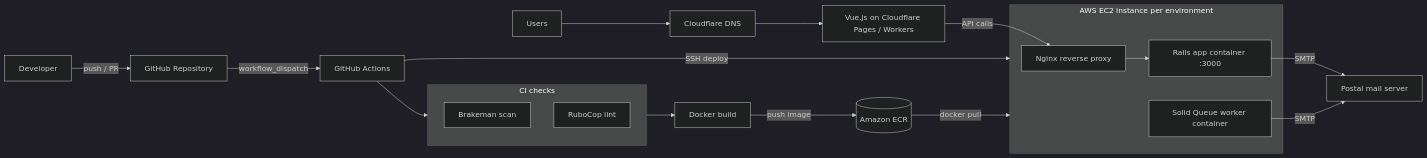
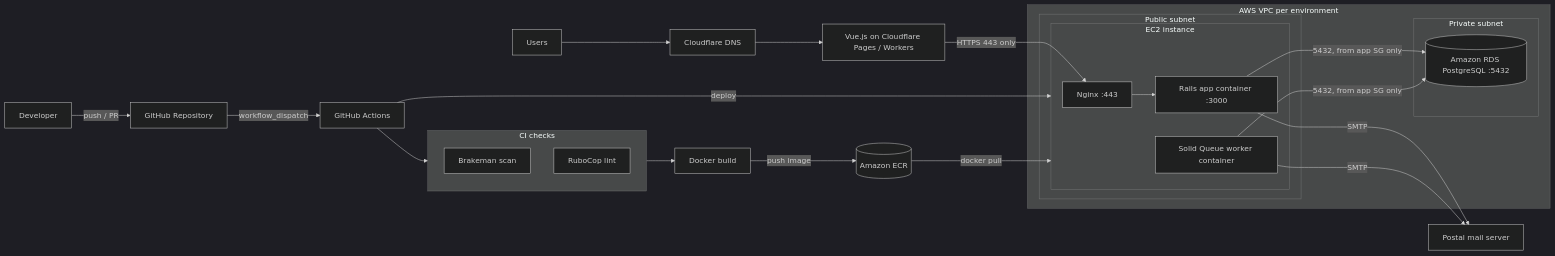
One commit to bilalahmad984/trainingsmanagerforLisaX changed the diagram in README.md. Above: the diagram before and after it, drawn with Mermaid (dark theme). The commit also changed other lines of this file, not shown here.

````diff
--- a/README.md
+++ b/README.md
@@ -26,27 +28,36 @@
 ```mermaid
 flowchart LR
     Dev[Developer] -->|push / PR| GH[GitHub Repository]
     GH -->|workflow_dispatch| GHA[GitHub Actions]
 
     subgraph CI[CI checks]
         BR[Brakeman scan]
         RC[RuboCop lint]
     end
     GHA --> CI
     CI --> BUILD[Docker build]
     BUILD -->|push image| ECR[(Amazon ECR)]
 
-    GHA -->|SSH deploy| EC2
-
-    subgraph EC2[AWS EC2 instance per environment]
-        NGX[Nginx reverse proxy] --> APP[Rails app container :3000]
-        WRK[Solid Queue worker container]
-    end
-    ECR -->|docker pull| EC2
-
     User[Users] --> CF[Cloudflare DNS]
     CF --> FE[Vue.js on Cloudflare Pages / Workers]
-    FE -->|API calls| NGX
+
+    subgraph VPC[AWS VPC per environment]
+        subgraph PUB[Public subnet]
+            subgraph EC2[EC2 instance]
+                NGX[Nginx :443] --> APP[Rails app container :3000]
+                WRK[Solid Queue worker container]
+            end
+        end
+        subgraph PRIV[Private subnet]
+            RDS[(Amazon RDS PostgreSQL :5432)]
+        end
+    end
+
+    FE -->|HTTPS 443 only| NGX
+    GHA -->|deploy| EC2
+    ECR -->|docker pull| EC2
+    APP -->|5432, from app SG only| RDS
+    WRK -->|5432, from app SG only| RDS
     APP -->|SMTP| POSTAL[Postal mail server]
     WRK -->|SMTP| POSTAL
 ```
````
